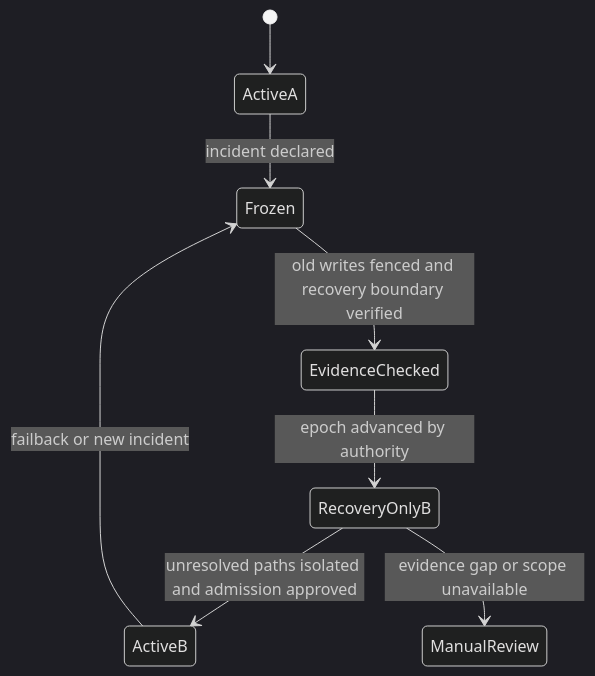
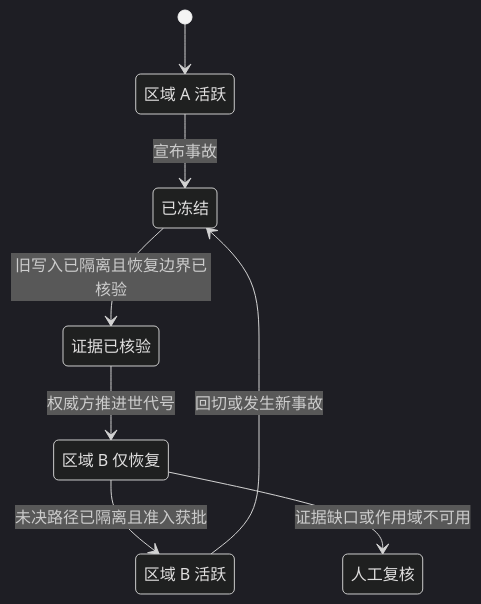
The third of 4 diagrams in part-5-global-routing/multi-region.md (YouEclipse/Designing-Modern-Payment-Systems), drawn with Mermaid (dark theme) before and after one commit. The commit also changed other lines of this file and 59 other files, not shown here.

````diff
--- a/part-5-global-routing/multi-region.md
+++ b/part-5-global-routing/multi-region.md
@@ -261,10 +261,16 @@
 ```mermaid
 stateDiagram-v2
+    state "区域 A 活跃" as ActiveA
+    state "已冻结" as Frozen
+    state "证据已核验" as EvidenceChecked
+    state "区域 B 仅恢复" as RecoveryOnlyB
+    state "人工复核" as ManualReview
+    state "区域 B 活跃" as ActiveB
     [*] --> ActiveA
-    ActiveA --> Frozen: incident declared
-    Frozen --> EvidenceChecked: old writes fenced and recovery boundary verified
-    EvidenceChecked --> RecoveryOnlyB: epoch advanced by authority
-    RecoveryOnlyB --> ActiveB: unresolved paths isolated and admission approved
-    RecoveryOnlyB --> ManualReview: evidence gap or scope unavailable
-    ActiveB --> Frozen: failback or new incident
+    ActiveA --> Frozen: 宣布事故
+    Frozen --> EvidenceChecked: 旧写入已隔离且恢复边界已核验
+    EvidenceChecked --> RecoveryOnlyB: 权威方推进世代号
+    RecoveryOnlyB --> ActiveB: 未决路径已隔离且准入获批
+    RecoveryOnlyB --> ManualReview: 证据缺口或作用域不可用
+    ActiveB --> Frozen: 回切或发生新事故
 ```
````
